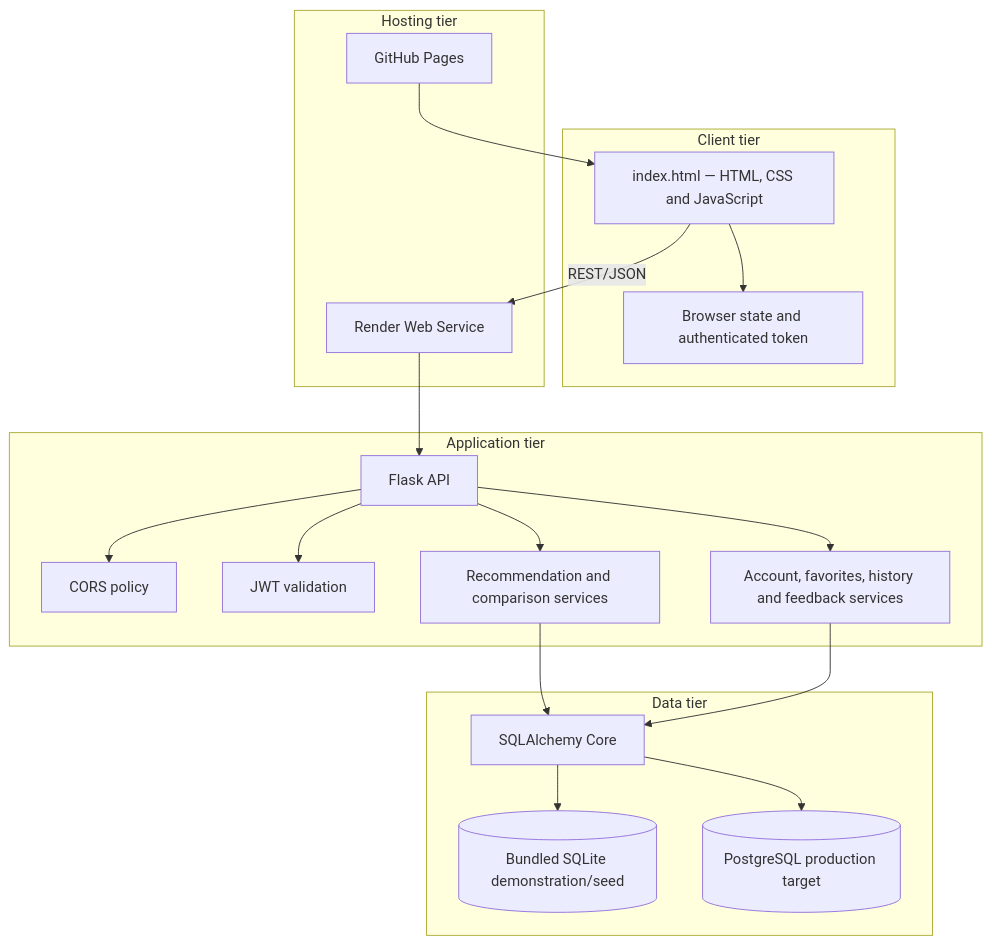
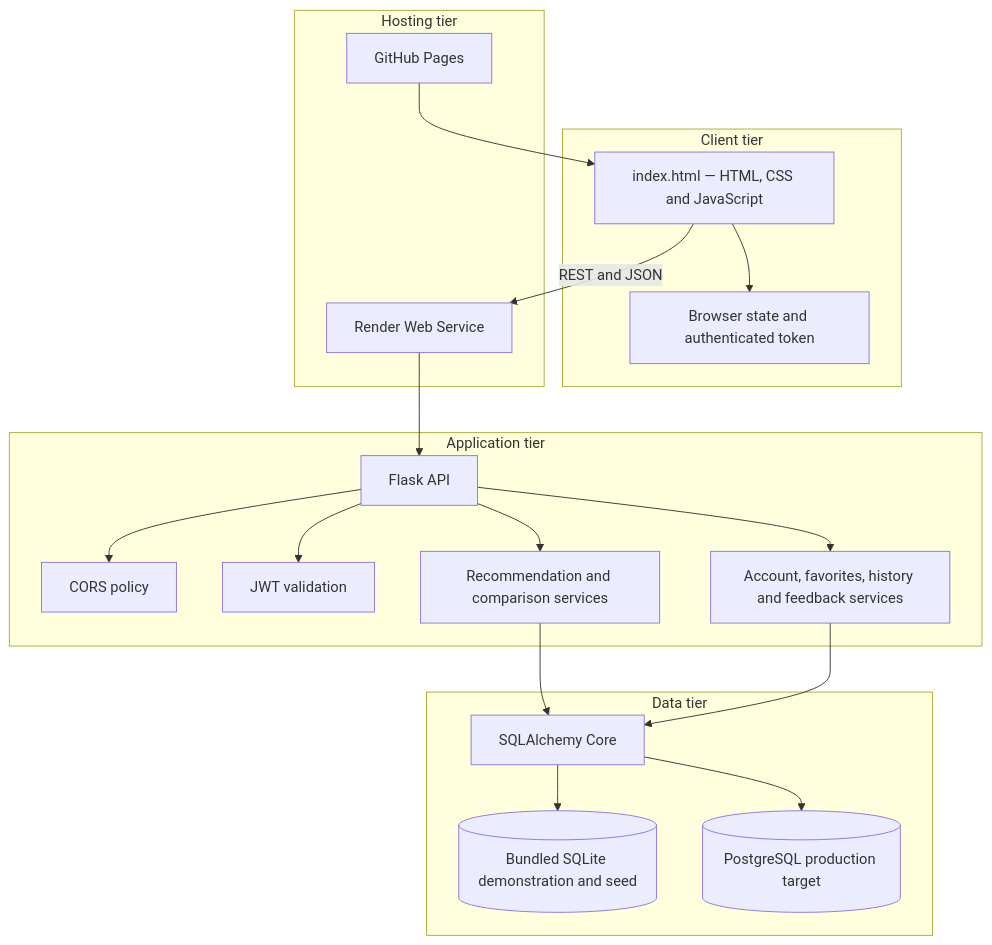
Before and after one commit to Chu-Junjie/CP3407-PROJECT: the second of 6 diagrams in docs/v3-design-and-architecture.md, drawn with Mermaid. The commit also changed other lines of this file, not shown here.

````diff
--- a/docs/v3-design-and-architecture.md
+++ b/docs/v3-design-and-architecture.md
@@ -91,39 +93,39 @@
 ```mermaid
 flowchart TB
     subgraph Client[Client tier]
         UI[index.html — HTML, CSS and JavaScript]
         LocalState[Browser state and authenticated token]
     end
 
     subgraph Hosting[Hosting tier]
         GH[GitHub Pages]
         Render[Render Web Service]
     end
 
     subgraph Application[Application tier]
         Flask[Flask API]
         CORS[CORS policy]
         JWT[JWT validation]
         Recommend[Recommendation and comparison services]
         Accounts[Account, favorites, history and feedback services]
     end
 
     subgraph Data[Data tier]
         SQLA[SQLAlchemy Core]
-        SQLite[(Bundled SQLite demonstration/seed)]
+        SQLite[(Bundled SQLite demonstration and seed)]
         PostgreSQL[(PostgreSQL production target)]
     end
 
     GH --> UI
     UI --> LocalState
-    UI -->|REST/JSON| Render
+    UI -->|REST and JSON| Render
     Render --> Flask
     Flask --> CORS
     Flask --> JWT
     Flask --> Recommend
     Flask --> Accounts
     Recommend --> SQLA
     Accounts --> SQLA
     SQLA --> SQLite
     SQLA --> PostgreSQL
 ```
````
